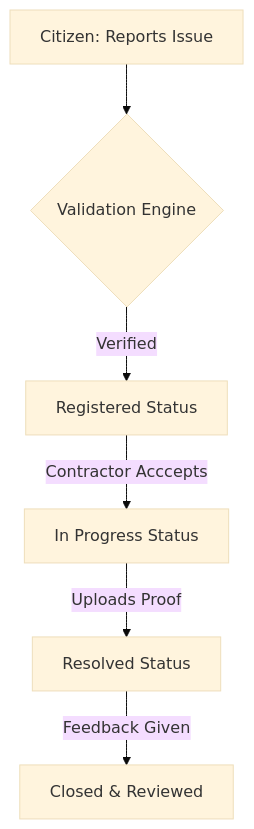
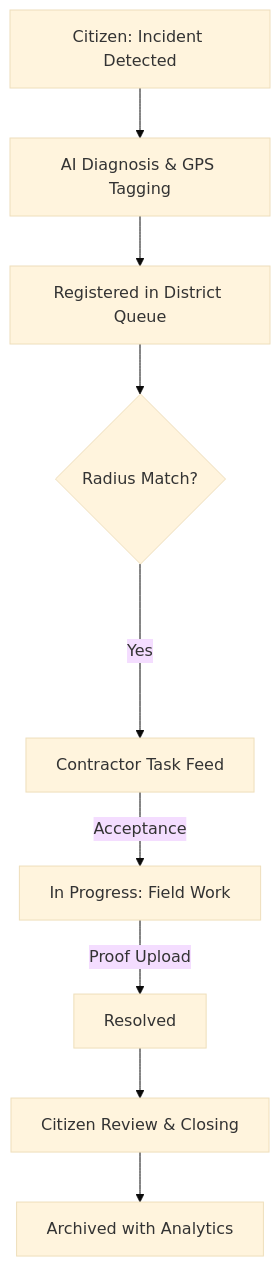
Before and after one commit to misel09/smart_city: the diagram in README.md, drawn with Mermaid (base theme). The commit also changed other lines of this file, not shown here.

````diff
--- a/README.md
+++ b/README.md
@@ -59,8 +66,11 @@
 ```mermaid
 graph TD
-    A[Citizen: Reports Issue] --> B{Validation Engine}
-    B -->|Verified| C[Registered Status]
-    C -->|Contractor Acccepts| D[In Progress Status]
-    D -->|Uploads Proof| E[Resolved Status]
-    E -->|Feedback Given| F[Closed & Reviewed]
+    A[Citizen: Incident Detected] --> B[AI Diagnosis & GPS Tagging]
+    B --> C[Registered in District Queue]
+    C --> D{Radius Match?}
+    D ---->|Yes| E[Contractor Task Feed]
+    E -->|Acceptance| F[In Progress: Field Work]
+    F -->|Proof Upload| G[Resolved]
+    G --> H[Citizen Review & Closing]
+    H --> I[Archived with Analytics]
 ```
````
